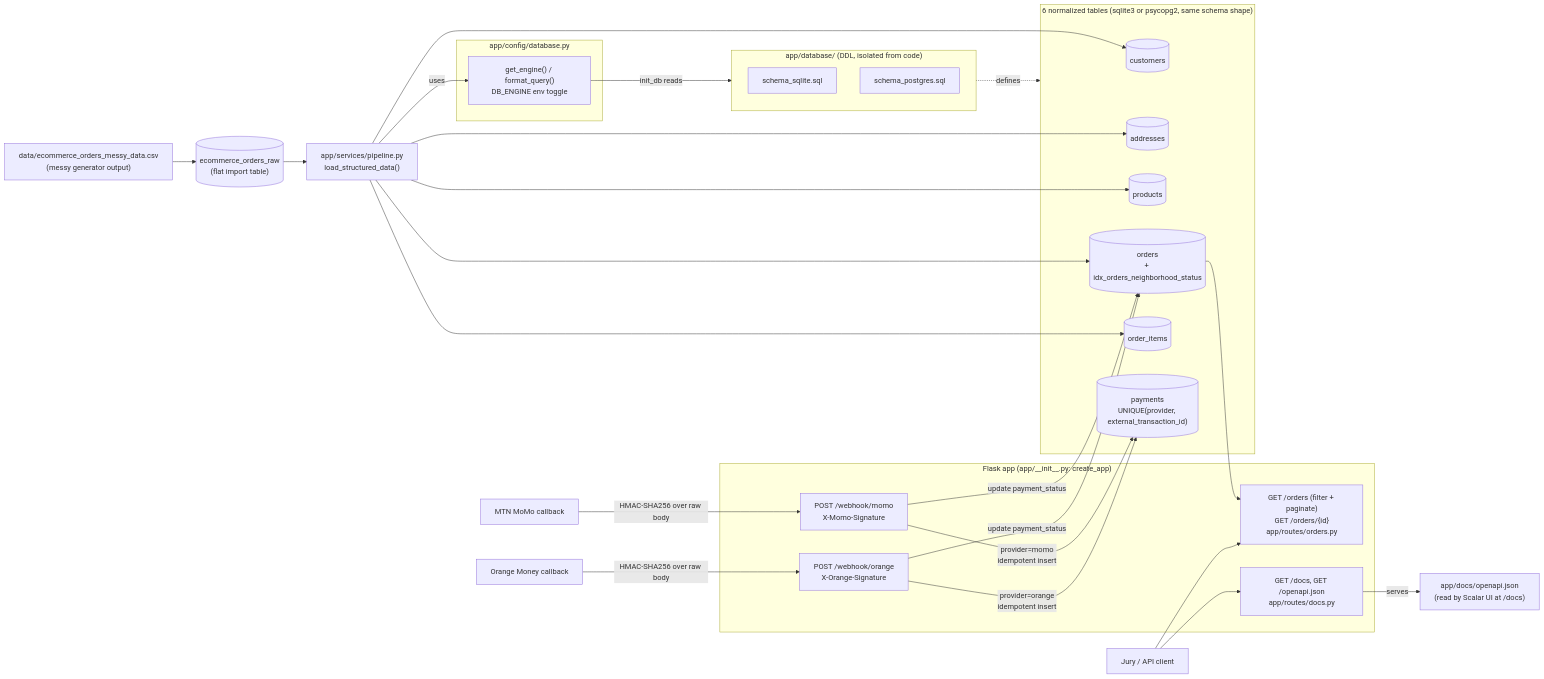
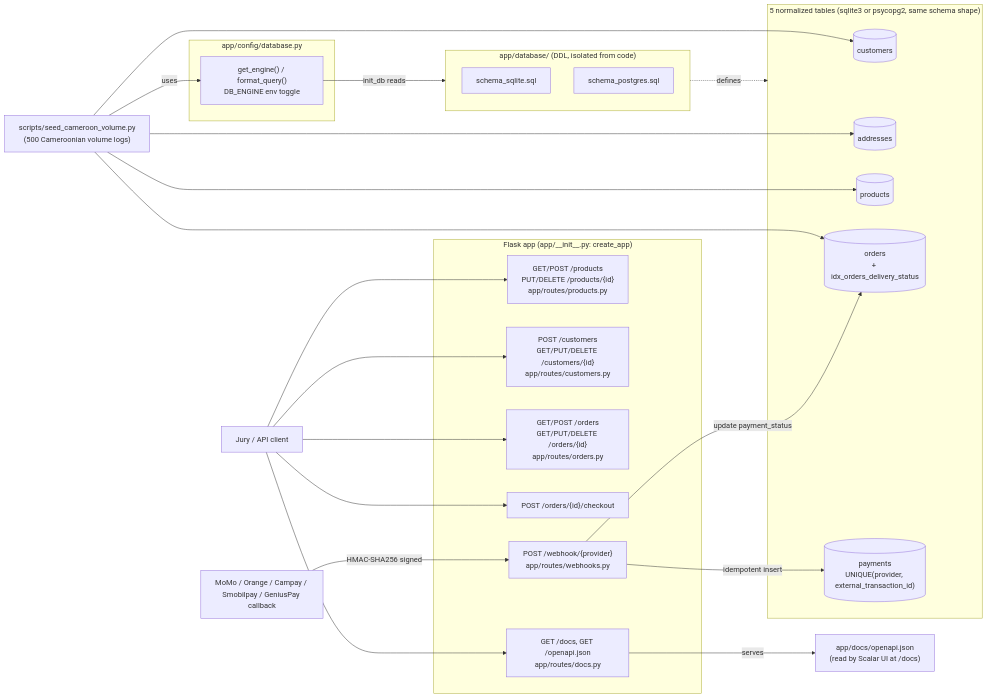
One commit to fokouarnaud/antcode-commando changed the diagram in README.md. Above: the diagram before and after it, drawn with Mermaid. The commit also changed other lines of this file and 26 other files, not shown here.

First line of the commit message:
refactor: clean 5-table CRUD architecture + Cameroonian volume seeder

````diff
--- a/README.md
+++ b/README.md
@@ -12,54 +13,45 @@
 ```mermaid
 flowchart LR
-    CSV["data/ecommerce_orders_messy_data.csv\n(messy generator output)"]
-    RAW[("ecommerce_orders_raw\n(flat import table)")]
-    PIPE["app/services/pipeline.py\nload_structured_data()"]
+    SEED["scripts/seed_cameroon_volume.py\n(500 Cameroonian volume logs)"]
 
     subgraph CFG["app/config/database.py"]
         ENGINE["get_engine() / format_query()\nDB_ENGINE env toggle"]
     end
 
     subgraph SCHEMA["app/database/ (DDL, isolated from code)"]
         SQLITE_SQL["schema_sqlite.sql"]
         PG_SQL["schema_postgres.sql"]
     end
 
-    subgraph DB["6 normalized tables (sqlite3 or psycopg2, same schema shape)"]
+    subgraph DB["5 normalized tables (sqlite3 or psycopg2, same schema shape)"]
         CUST[("customers")]
         ADDR[("addresses")]
         PROD[("products")]
-        ORD[("orders\n+ idx_orders_neighborhood_status")]
-        ITEMS[("order_items")]
+        ORD[("orders\n+ idx_orders_delivery_status")]
         PAY[("payments\nUNIQUE(provider, external_transaction_id)")]
     end
 
     subgraph API["Flask app (app/__init__.py: create_app)"]
-        ORD_R["GET /orders (filter + paginate)\nGET /orders/{id}\napp/routes/orders.py"]
-        HOOK_MOMO["POST /webhook/momo\nX-Momo-Signature"]
-        HOOK_ORANGE["POST /webhook/orange\nX-Orange-Signature"]
+        PROD_R["GET/POST /products\nPUT/DELETE /products/{id}\napp/routes/products.py"]
+        CUST_R["POST /customers\nGET/PUT/DELETE /customers/{id}\napp/routes/customers.py"]
+        ORD_R["GET/POST /orders\nGET/PUT/DELETE /orders/{id}\napp/routes/orders.py"]
+        CHECKOUT_R["POST /orders/{id}/checkout"]
+        HOOK_R["POST /webhook/{provider}\napp/routes/webhooks.py"]
         DOCS_R["GET /docs, GET /openapi.json\napp/routes/docs.py"]
     end
 
     DOCS_SPEC["app/docs/openapi.json\n(read by Scalar UI at /docs)"]
 
-    MTN["MTN MoMo callback"]
-    ORANGE["Orange Money callback"]
+    PROVIDER["MoMo / Orange / Campay / Smobilpay / GeniusPay callback"]
     JURY["Jury / API client"]
 
-    CSV --> RAW
-    RAW --> PIPE
-    PIPE -->|uses| ENGINE
+    SEED -->|uses| ENGINE
     ENGINE -->|init_db reads| SCHEMA
     SCHEMA -.->|defines| DB
-    PIPE --> CUST & ADDR & PROD & ORD & ITEMS
-    MTN -->|HMAC-SHA256 over raw body| HOOK_MOMO
-    ORANGE -->|HMAC-SHA256 over raw body| HOOK_ORANGE
-    HOOK_MOMO -->|provider=momo\nidempotent insert| PAY
-    HOOK_ORANGE -->|provider=orange\nidempotent insert| PAY
-    HOOK_MOMO -->|update payment_status| ORD
-    HOOK_ORANGE -->|update payment_status| ORD
-    ORD --> ORD_R
-    JURY --> ORD_R
-    JURY --> DOCS_R
+    SEED --> CUST & ADDR & PROD & ORD
+    PROVIDER -->|HMAC-SHA256 signed| HOOK_R
+    HOOK_R -->|idempotent insert| PAY
+    HOOK_R -->|update payment_status| ORD
+    JURY --> PROD_R & CUST_R & ORD_R & CHECKOUT_R & DOCS_R
     DOCS_R -->|serves| DOCS_SPEC
 ```
````
